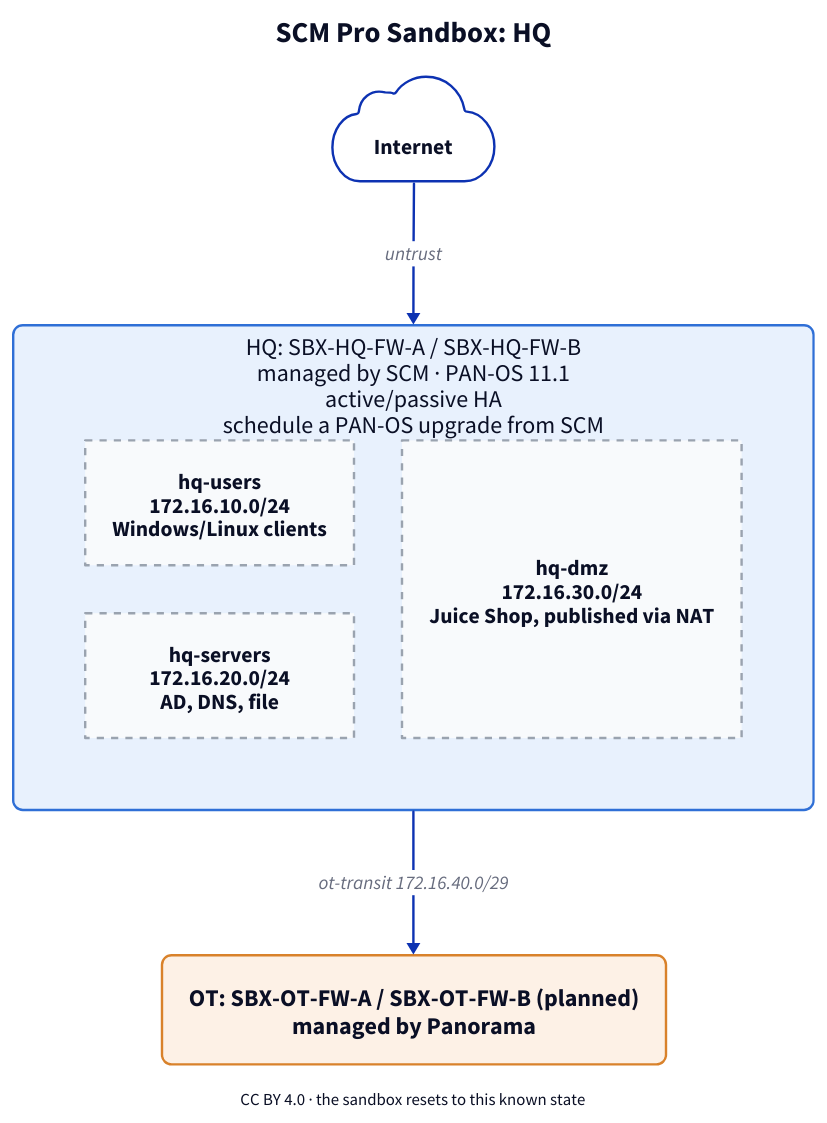
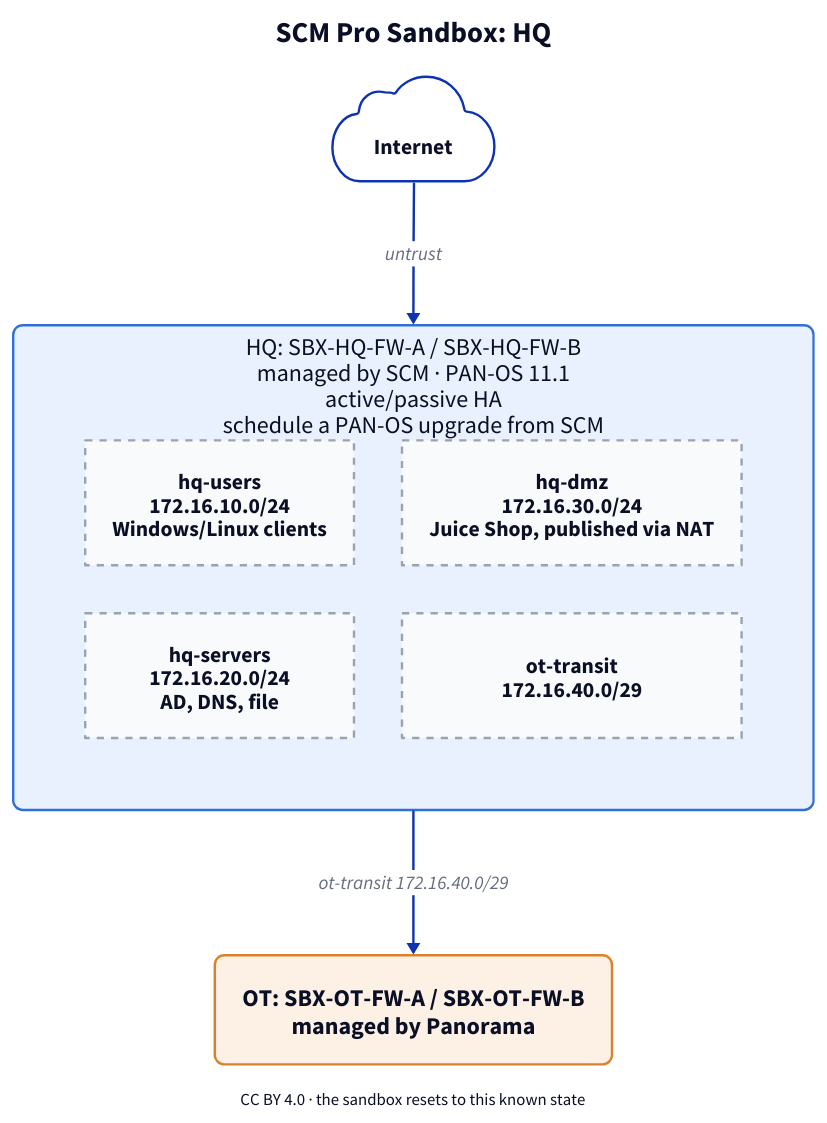
Before and after one commit to gegrsyn/SCMPro-Sandbox: the diagram in drawings/hq.d2, drawn with D2. The commit also changed 6 other files, not shown here.

```diff
--- a/drawings/hq.d2
+++ b/drawings/hq.d2
@@ -1,22 +1,23 @@
 direction: down
 title: "SCM Pro Sandbox: HQ" {near: top-center; shape: text; style.font-size: 24; style.bold: true}
 
 internet: {
   label: "Internet"
   shape: cloud; style: {font-size: 18}
 }
 fw: {
   label: "HQ: SBX-HQ-FW-A / SBX-HQ-FW-B\nmanaged by SCM · PAN-OS 11.1\nactive/passive HA\nschedule a PAN-OS upgrade from SCM"
   style: {fill: "#e8f1fd"; stroke: "#2f6fd6"; border-radius: 8; font-size: 20}
   grid-columns: 2
   hq-users: "hq-users\n172.16.10.0/24\nWindows/Linux clients" {style: {fill: "#f8fafc"; stroke: "#9aa3af"; stroke-dash: 3; font-size: 18}}
   hq-servers: "hq-servers\n172.16.20.0/24\nAD, DNS, file" {style: {fill: "#f8fafc"; stroke: "#9aa3af"; stroke-dash: 3; font-size: 18}}
   hq-dmz: "hq-dmz\n172.16.30.0/24\nJuice Shop, published via NAT" {style: {fill: "#f8fafc"; stroke: "#9aa3af"; stroke-dash: 3; font-size: 18}}
+  ot-transit: "ot-transit\n172.16.40.0/29" {style: {fill: "#f8fafc"; stroke: "#9aa3af"; stroke-dash: 3; font-size: 18}}
 }
 internet -> fw: "untrust" {style: {font-size: 16}}
 ot: {
-  label: "OT: SBX-OT-FW-A / SBX-OT-FW-B (planned)\nmanaged by Panorama"
+  label: "OT: SBX-OT-FW-A / SBX-OT-FW-B\nmanaged by Panorama"
   style: {fill: "#fdf1e6"; stroke: "#d9822b"; border-radius: 8; font-size: 20}
 }
 fw -> ot: "ot-transit 172.16.40.0/29" {style: {font-size: 16}}
 foot: "CC BY 4.0 · the sandbox resets to this known state" {shape: text; near: bottom-center; style.font-size: 14}
```
